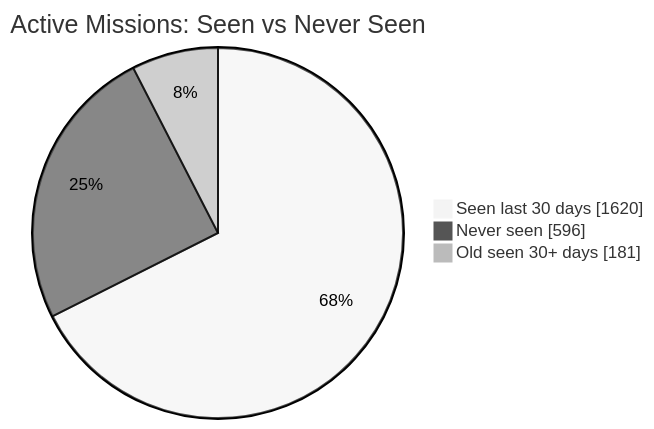
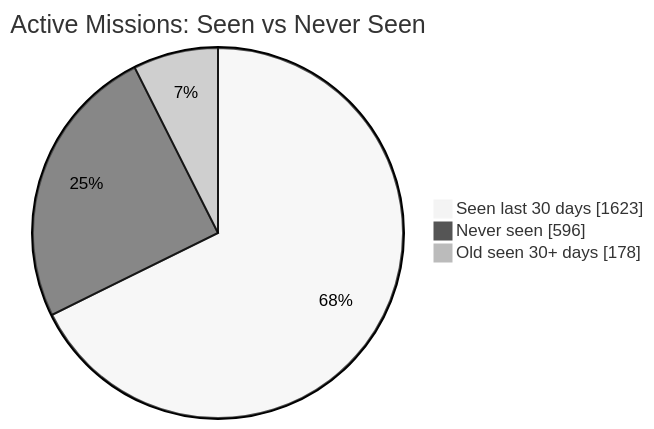
Before and after one commit to MeldkamerspelGameTeam/active-missions: the first of 2 diagrams in README.md, drawn with Mermaid (neutral theme). The commit also changed other lines of this file and 2 other files, not shown here.

````diff
--- a/README.md
+++ b/README.md
@@ -34,7 +34,7 @@
 ```mermaid
 pie showData
     title Active Missions: Seen vs Never Seen
-    "Seen last 30 days" : 1620
+    "Seen last 30 days" : 1623
     "Never seen" : 596
-    "Old seen 30+ days" : 181
+    "Old seen 30+ days" : 178
 ```
````
